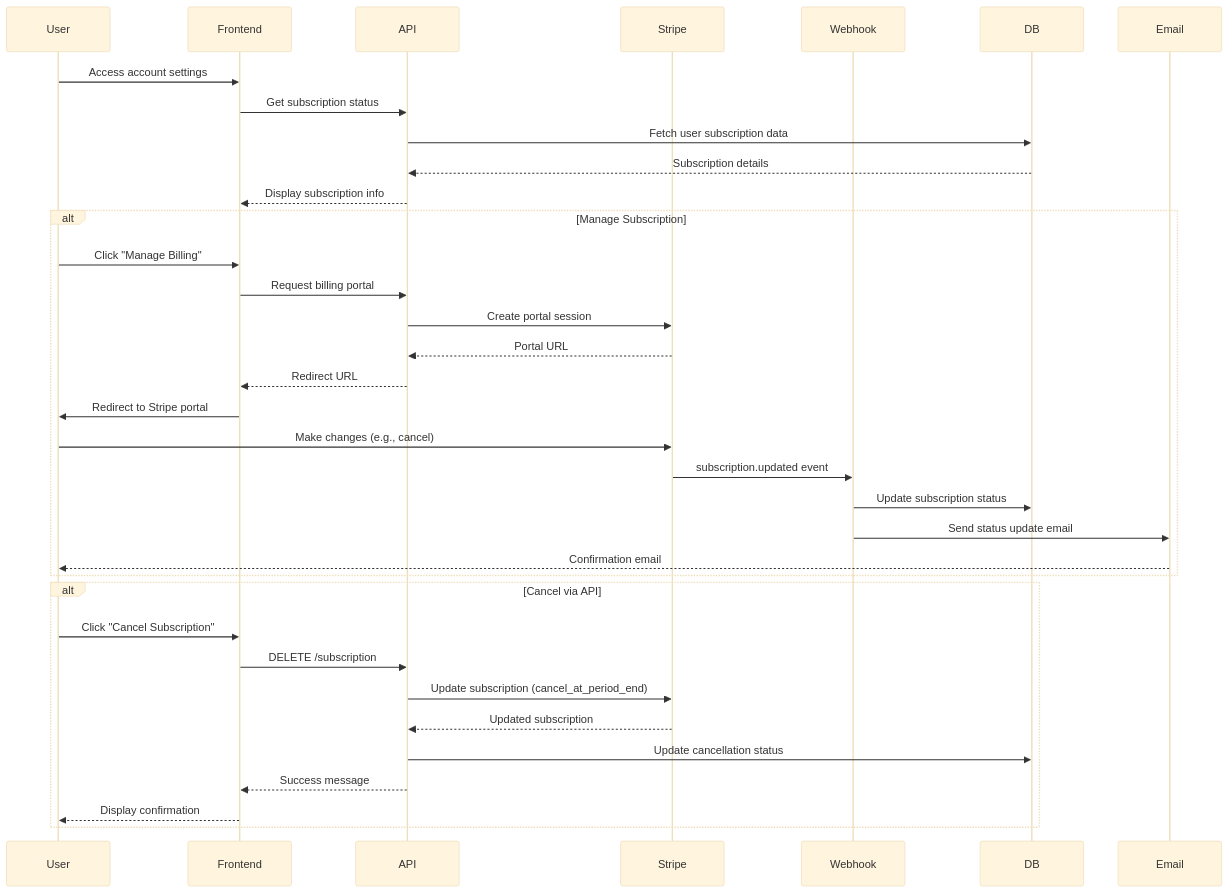
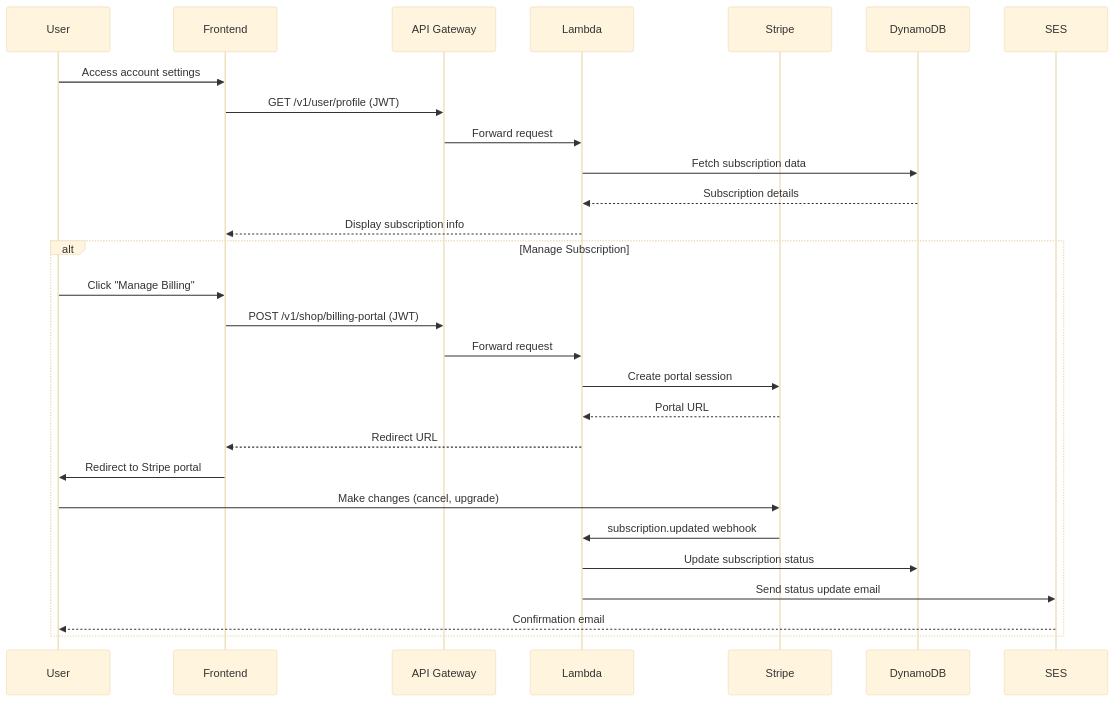
The diagram in docs/subscription-management-flow.mermaid (totembound/totem-app), drawn with Mermaid (base theme) before and after one commit. The commit also changed 213 other files, not shown here.

```diff
--- a/docs/subscription-management-flow.mermaid
+++ b/docs/subscription-management-flow.mermaid
@@ -1,38 +1,30 @@
 sequenceDiagram
     participant User
     participant Frontend
-    participant API
+    participant API as API Gateway
+    participant Lambda
     participant Stripe
-    participant Webhook
-    participant DB
-    participant Email
+    participant DB as DynamoDB
+    participant Email as SES
 
     User->>Frontend: Access account settings
-    Frontend->>API: Get subscription status
-    API->>DB: Fetch user subscription data
-    DB-->>API: Subscription details
-    API-->>Frontend: Display subscription info
-    
+    Frontend->>API: GET /v1/user/profile (JWT)
+    API->>Lambda: Forward request
+    Lambda->>DB: Fetch subscription data
+    DB-->>Lambda: Subscription details
+    Lambda-->>Frontend: Display subscription info
+
     alt Manage Subscription
         User->>Frontend: Click "Manage Billing"
-        Frontend->>API: Request billing portal
-        API->>Stripe: Create portal session
-        Stripe-->>API: Portal URL
-        API-->>Frontend: Redirect URL
+        Frontend->>API: POST /v1/shop/billing-portal (JWT)
+        API->>Lambda: Forward request
+        Lambda->>Stripe: Create portal session
+        Stripe-->>Lambda: Portal URL
+        Lambda-->>Frontend: Redirect URL
         Frontend->>User: Redirect to Stripe portal
-        User->>Stripe: Make changes (e.g., cancel)
-        Stripe->>Webhook: subscription.updated event
-        Webhook->>DB: Update subscription status
-        Webhook->>Email: Send status update email
+        User->>Stripe: Make changes (cancel, upgrade)
+        Stripe->>Lambda: subscription.updated webhook
+        Lambda->>DB: Update subscription status
+        Lambda->>Email: Send status update email
         Email-->>User: Confirmation email
     end
-    
-    alt Cancel via API
-        User->>Frontend: Click "Cancel Subscription"
-        Frontend->>API: DELETE /subscription
-        API->>Stripe: Update subscription (cancel_at_period_end)
-        Stripe-->>API: Updated subscription
-        API->>DB: Update cancellation status
-        API-->>Frontend: Success message
-        Frontend-->>User: Display confirmation
-    end
```
